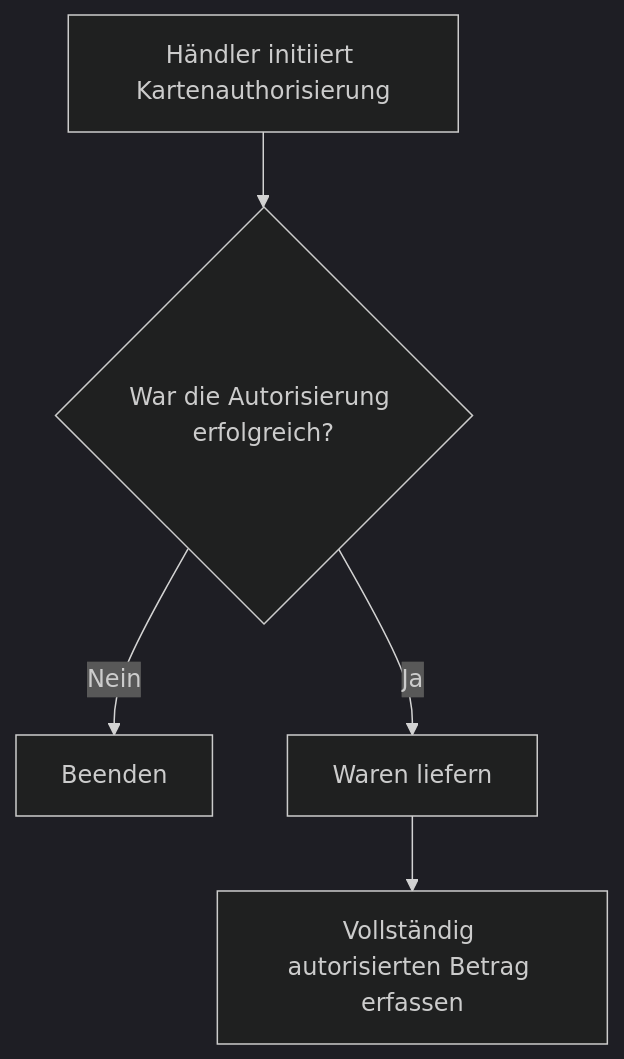
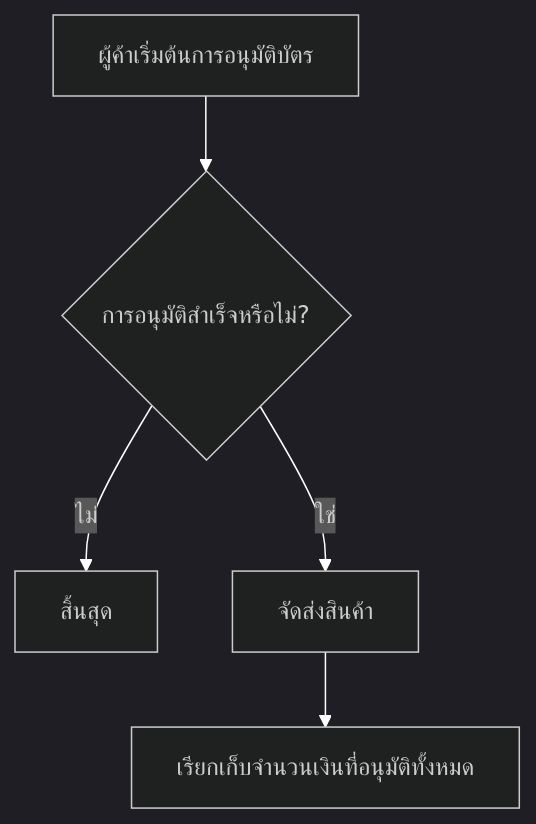
One commit to Moeenahamd/moeenahamd.github.io changed the diagram in i18n/th/docusaurus-plugin-content-docs/version-API version 2019-03-20/guides/capture.mdx. Above: the diagram before and after it, drawn with Mermaid (dark theme). The commit also changed 3 other files, not shown here.

````diff
--- a/i18n/th/docusaurus-plugin-content-docs/version-API version 2019-03-20/guides/capture.mdx
+++ b/i18n/th/docusaurus-plugin-content-docs/version-API version 2019-03-20/guides/capture.mdx
@@ -66,8 +66,9 @@
 ```mermaid
 flowchart TD
-  A[Händler initiiert Kartenauthorisierung] --> B{War die Autorisierung erfolgreich?}
-  B -- Nein --> C[Beenden]
-  B -- Ja --> D[Waren liefern]
- 
-  D --> E[Vollständig autorisierten Betrag erfassen]
+  A[ผู้ค้าเริ่มต้นการอนุมัติบัตร] --> B{การอนุมัติสำเร็จหรือไม่?}
+  B -- ไม่ --> C[สิ้นสุด]
+  B -- ใช่ --> D[จัดส่งสินค้า]
+  D --> E[เรียกเก็บจำนวนเงินที่อนุมัติทั้งหมด]
+
+  linkStyle 0,1,2,3 stroke:white,stroke-width:1px;
 ```
````
